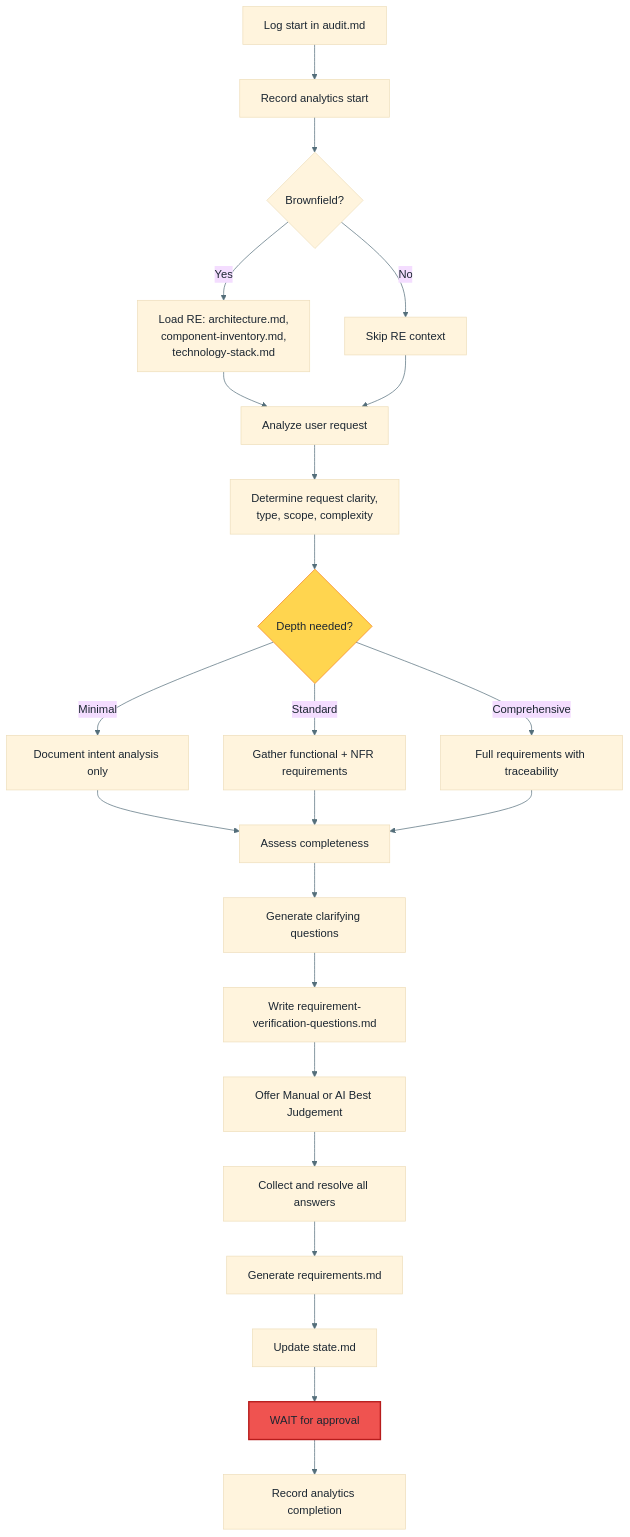
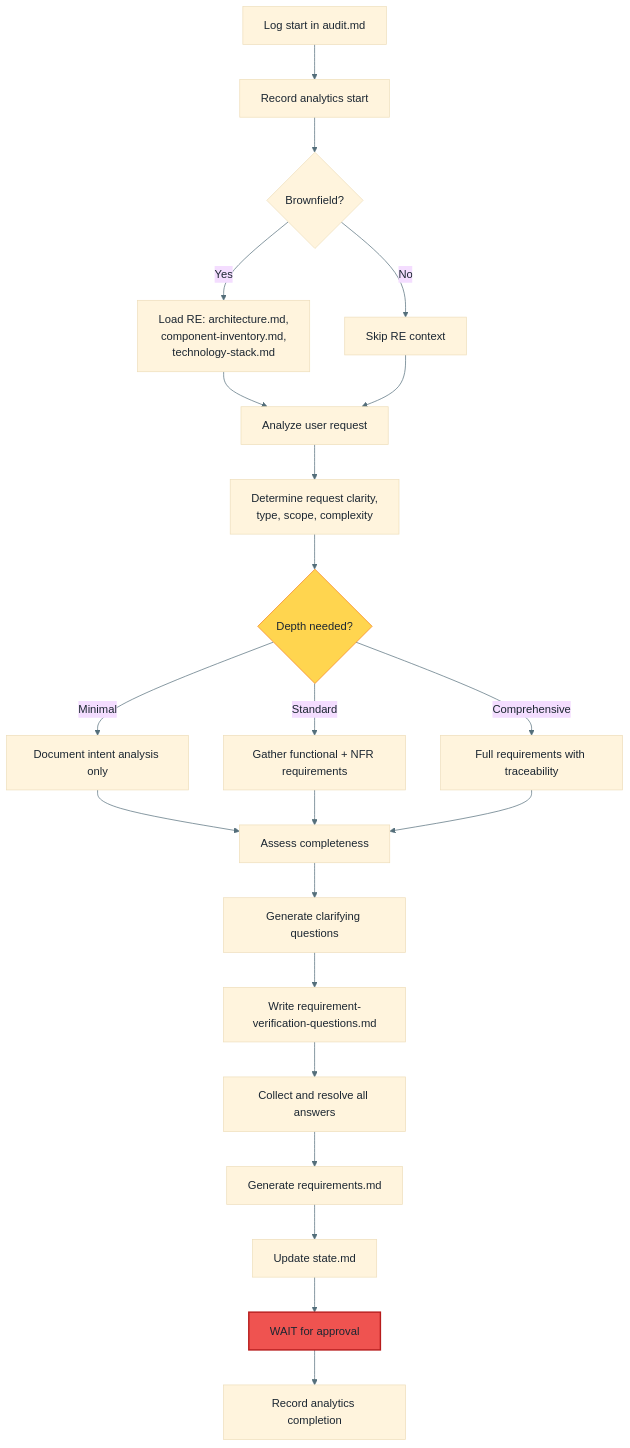
Before and after one commit to premkumarjanagarajan/fluid-flow-ai: diagram 19 of 26 in docs/WORKFLOW-FULL-DETAILED.md, drawn with Mermaid. The commit also changed other lines of this file and 13 other files, not shown here.

First line of the commit message:
refactor: remove AI Best Judgement option from Comprehensive Path question flow

````diff
--- a/docs/WORKFLOW-FULL-DETAILED.md
+++ b/docs/WORKFLOW-FULL-DETAILED.md
@@ -879,29 +879,28 @@
 ```mermaid
 %%{init: {'theme': 'base', 'themeVariables': {'primaryTextColor': '#1B2631', 'lineColor': '#546E7A', 'textColor': '#1B2631'}}}%%
 flowchart TD
     A["Log start in audit.md"] --> B["Record analytics start"]
     B --> C{"Brownfield?"}
     C -->|Yes| D["Load RE: architecture.md,<br/>component-inventory.md,<br/>technology-stack.md"]
     C -->|No| E["Skip RE context"]
     D --> F["Analyze user request"]
     E --> F
     F --> G["Determine request clarity,<br/>type, scope, complexity"]
     G --> H{"Depth needed?"}
     H -->|Minimal| I["Document intent analysis only"]
     H -->|Standard| J["Gather functional + NFR requirements"]
     H -->|Comprehensive| K["Full requirements with traceability"]
     I --> L["Assess completeness"]
     J --> L
     K --> L
     L --> M["Generate clarifying questions"]
     M --> N["Write requirement-verification-questions.md"]
-    N --> O["Offer Manual or AI Best Judgement"]
-    O --> P["Collect and resolve all answers"]
-    P --> Q["Generate requirements.md"]
-    Q --> R["Update state.md"]
-    R --> S["WAIT for approval"]
-    S --> T["Record analytics completion"]
+    N --> O["Collect and resolve all answers"]
+    O --> P["Generate requirements.md"]
+    P --> Q["Update state.md"]
+    Q --> R["WAIT for approval"]
+    R --> S["Record analytics completion"]
 
     style H fill:#FFD54F,stroke:#F57F17
-    style S fill:#EF5350,stroke:#B71C1C,stroke-width:2px
+    style R fill:#EF5350,stroke:#B71C1C,stroke-width:2px
 ```
````
